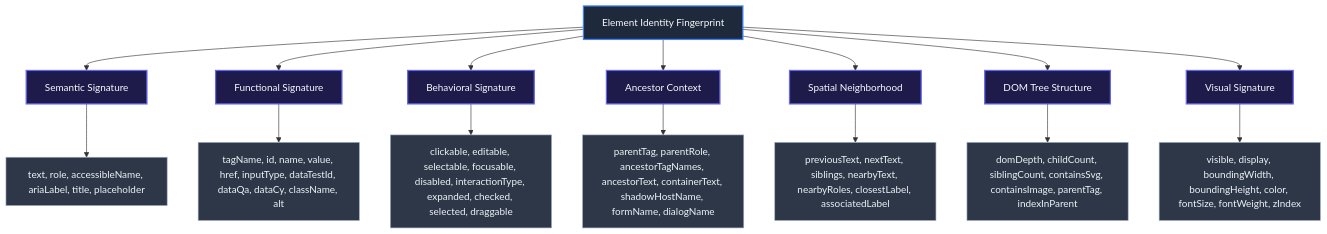
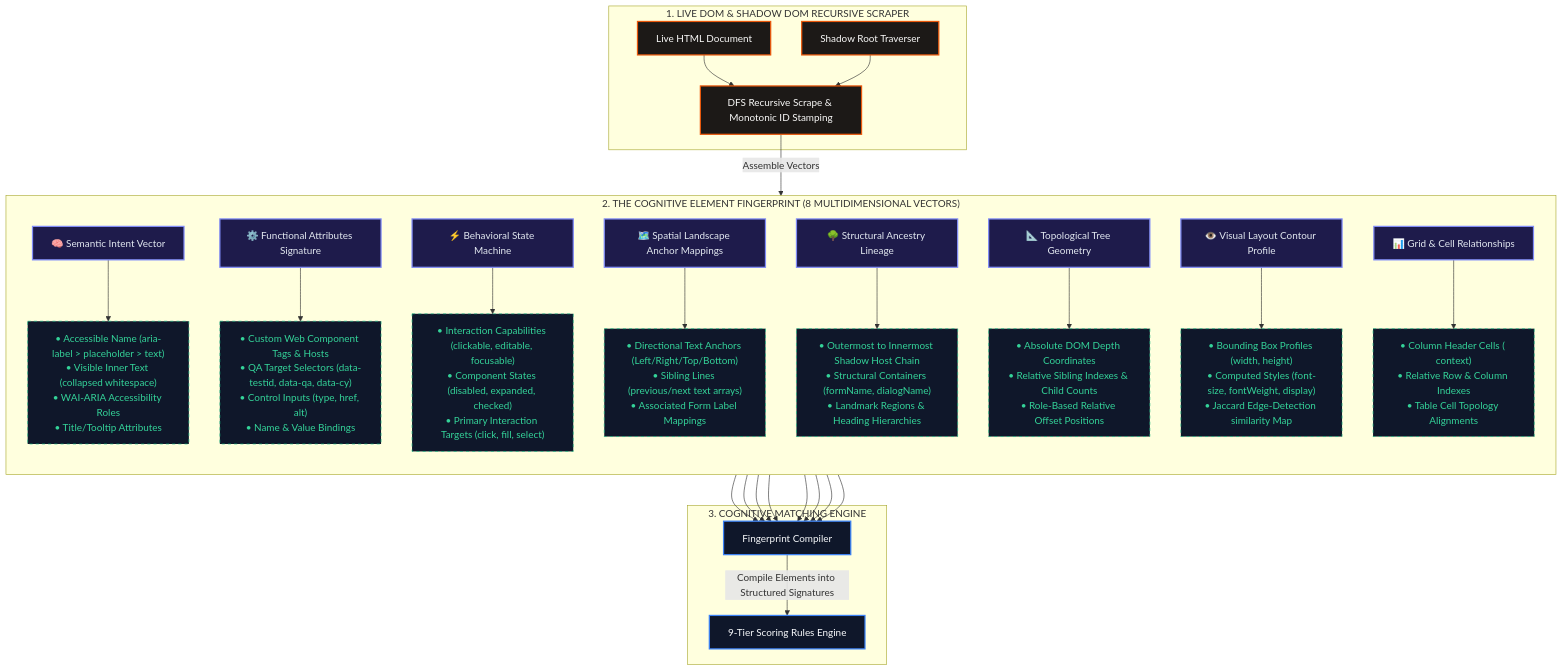
One commit to shambhoo-narwaria/reLOCATE.AI-Intelligent-Element-Recovery-Engine changed the fifth of 6 diagrams in docs/project-architecture.md. Above: the diagram before and after it, drawn with Mermaid. The commit also changed other lines of this file and 1 other file, not shown here.

Commit message:
update graphs and docs

````diff
--- a/docs/project-architecture.md
+++ b/docs/project-architecture.md
@@ -198,24 +226,52 @@
 ```mermaid
-graph TD
-    classDef main fill:#1e293b,stroke:#3b82f6,stroke-width:2px,color:#f8fafc;
-    classDef cat fill:#1e1b4b,stroke:#6366f1,stroke-width:2px,color:#f8fafc;
-    classDef param fill:#2d3748,stroke:#a0aec0,stroke-width:1px,color:#edf2f7;
+graph TB
+    %% Styling Classes
+    classDef engine fill:#0f172a,stroke:#3b82f6,stroke-width:2px,color:#f8fafc;
+    classDef category fill:#1e1b4b,stroke:#818cf8,stroke-width:2px,color:#e2e8f0;
+    classDef property fill:#0f172a,stroke:#10b981,stroke-dasharray: 5 5,color:#34d399;
+    classDef traversal fill:#1c1917,stroke:#ea580c,stroke-width:2px,color:#fafaf9;
 
-    Root["Element Identity Fingerprint"]:::main
-    
-    Root --> Sem["Semantic Signature"]:::cat
-    Root --> Func["Functional Signature"]:::cat
-    Root --> Behav["Behavioral Signature"]:::cat
-    Root --> Anc["Ancestor Context"]:::cat
-    Root --> Neigh["Spatial Neighborhood"]:::cat
-    Root --> Struct["DOM Tree Structure"]:::cat
-    Root --> Vis["Visual Signature"]:::cat
-    
-    Sem --> S1["text, role, accessibleName, ariaLabel, title, placeholder"]:::param
-    Func --> F1["tagName, id, name, value, href, inputType, dataTestId, dataQa, dataCy, className, alt"]:::param
-    Behav --> B1["clickable, editable, selectable, focusable, disabled, interactionType, expanded, checked, selected, draggable"]:::param
-    Anc --> A1["parentTag, parentRole, ancestorTagNames, ancestorText, containerText, shadowHostName, formName, dialogName"]:::param
-    Neigh --> N1["previousText, nextText, siblings, nearbyText, nearbyRoles, closestLabel, associatedLabel"]:::param
-    Struct --> St1["domDepth, childCount, siblingCount, containsSvg, containsImage, parentTag, indexInParent"]:::param
-    Vis --> V1["visible, display, boundingWidth, boundingHeight, color, fontSize, fontWeight, zIndex"]:::param
+    subgraph Scraper ["1. LIVE DOM & SHADOW DOM RECURSIVE SCRAPER"]
+        DOM[Live HTML Document]:::traversal
+        SR[Shadow Root Traverser]:::traversal
+        DOM --> Traversal[DFS Recursive Scrape & Monotonic ID Stamping]:::traversal
+        SR --> Traversal
+    end
+
+    subgraph Fingerprint ["2. THE COGNITIVE ELEMENT FINGERPRINT (8 MULTIDIMENSIONAL VECTORS)"]
+        direction TB
+
+        Sem["🧠 Semantic Intent Vector"]:::category
+        Sem --> SemProps["• Accessible Name (aria-label > placeholder > text)<br>• Visible Inner Text (collapsed whitespace)<br>• WAI-ARIA Accessibility Roles<br>• Title/Tooltip Attributes"]:::property
+
+        Func["⚙️ Functional Attributes Signature"]:::category
+        Func --> FuncProps["• Custom Web Component Tags & Hosts<br>• QA Target Selectors (data-testid, data-qa, data-cy)<br>• Control Inputs (type, href, alt)<br>• Name & Value Bindings"]:::property
+
+        Behav["⚡ Behavioral State Machine"]:::category
+        Behav --> BehavProps["• Interaction Capabilities (clickable, editable, focusable)<br>• Component States (disabled, expanded, checked)<br>• Primary Interaction Targets (click, fill, select)"]:::property
+
+        Neigh["🗺️ Spatial Landscape Anchor Mappings"]:::category
+        Neigh --> NeighProps["• Directional Text Anchors (Left/Right/Top/Bottom)<br>• Sibling Lines (previous/next text arrays)<br>• Associated Form Label Mappings"]:::property
+
+        Anc["🌳 Structural Ancestry Lineage"]:::category
+        Anc --> AncProps["• Outermost to Innermost Shadow Host Chain<br>• Structural Containers (formName, dialogName)<br>• Landmark Regions & Heading Hierarchies"]:::property
+
+        Geom["📐 Topological Tree Geometry"]:::category
+        Geom --> GeomProps["• Absolute DOM Depth Coordinates<br>• Relative Sibling Indexes & Child Counts<br>• Role-Based Relative Offset Positions"]:::property
+
+        Vis["👁️ Visual Layout Contour Profile"]:::category
+        Vis --> VisProps["• Bounding Box Profiles (width, height)<br>• Computed Styles (font-size, fontWeight, display)<br>• Jaccard Edge-Detection similarity Map"]:::property
+
+        Grid["📊 Grid & Cell Relationships"]:::category
+        Grid --> GridProps["• Column Header Cells (<th> context)<br>• Relative Row & Column Indexes<br>• Table Cell Topology Alignments"]:::property
+    end
+
+    subgraph Synthesizer ["3. COGNITIVE MATCHING ENGINE"]
+        Sync[Fingerprint Compiler]:::engine
+        Weighting[9-Tier Scoring Rules Engine]:::engine
+        Sync -->|Compile Elements into Structured Signatures| Weighting
+    end
+
+    Traversal -->|Assemble Vectors| Fingerprint
+    SemProps & FuncProps & BehavProps & NeighProps & AncProps & GeomProps & VisProps & GridProps --> Sync
 ```
````
